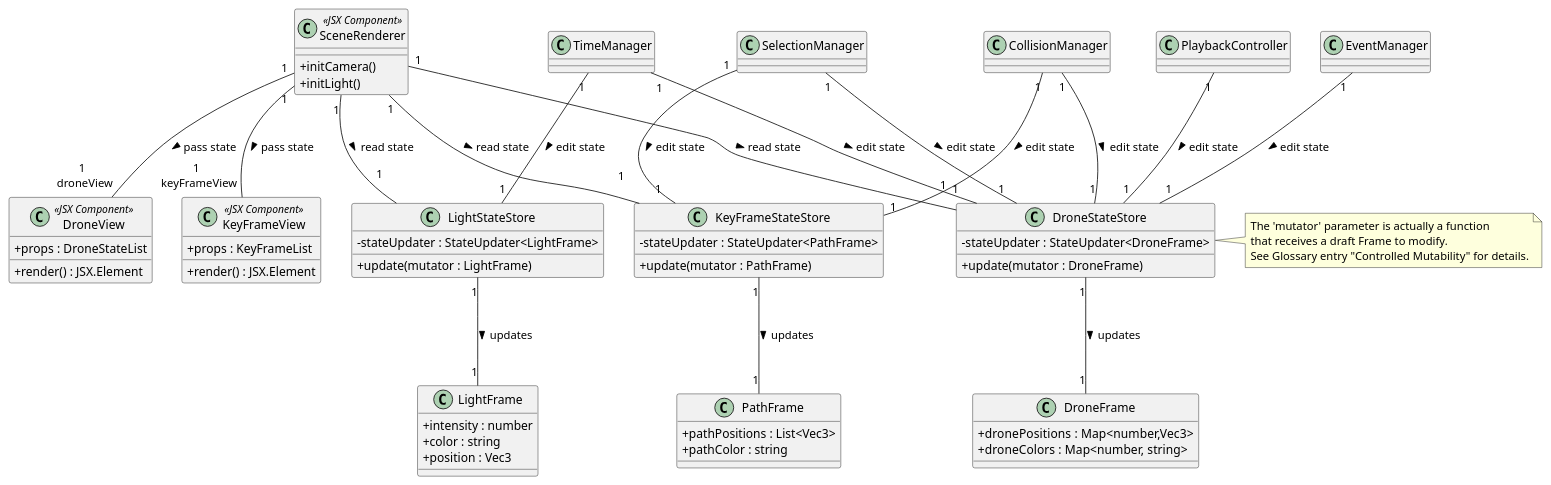
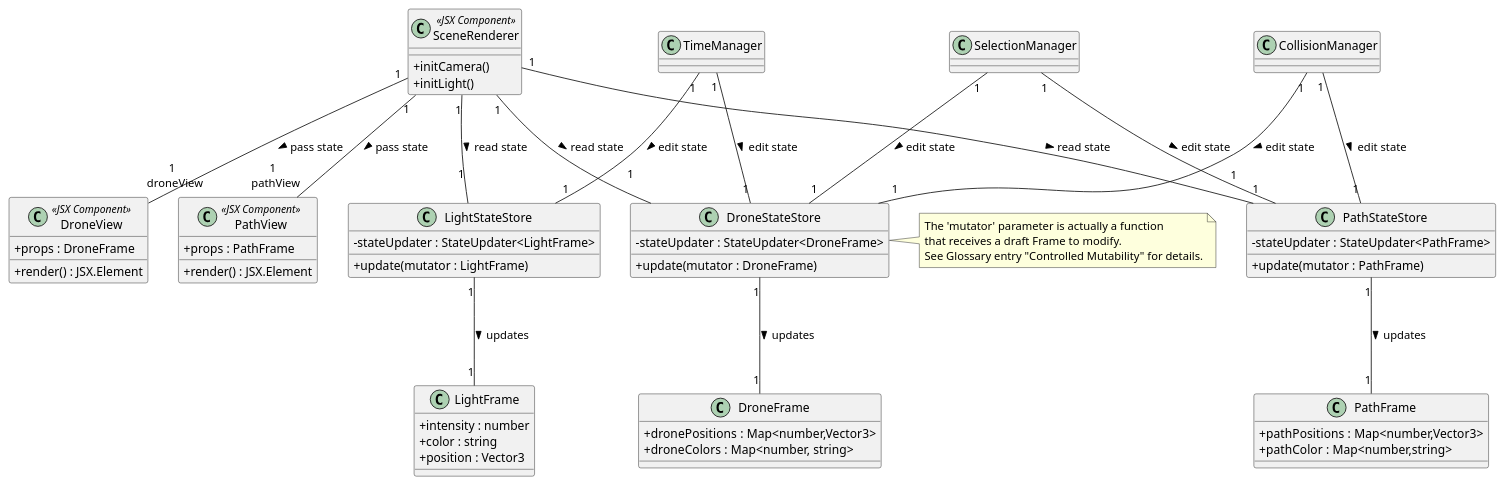
The diagram in diagrams/pipelineInteractions.puml (nojusbarth/OFC), drawn with PlantUML before and after one commit. The commit also changed 10 other files, not shown here.

Commit message:
Rename + neue Diagramme

```diff
--- a/diagrams/pipelineInteractions.puml
+++ b/diagrams/pipelineInteractions.puml
@@ -1,120 +1,116 @@
 @startuml name Rendering Pipeline Interaction (Controlled Mutability)
 
 ' =====================================================
 ' Rendering Pipeline & JSX Interaction
 ' React- and Architecture-correct
 ' =====================================================
 
 skinparam classAttributeIconSize 0
 skinparam ranksep 100
 
 ' -----------------------------------------------------
 ' Scene Renderer (JSX)
 ' -----------------------------------------------------
 class SceneRenderer <<JSX Component>> {
 
   + initCamera()
   + initLight()
 }
 
 ' -----------------------------------------------------
 ' JSX Render Objects
 ' -----------------------------------------------------
 class DroneView <<JSX Component>> {
-  + props : DroneStateList
+  + props : DroneFrame
   + render() : JSX.Element
 }
 
-class KeyFrameView <<JSX Component>> {
-  + props : KeyFrameList
+class PathView <<JSX Component>> {
+  + props : PathFrame
   + render() : JSX.Element
 }
 
 ' -----------------------------------------------------
 ' State Stores (Render-relevant state)
 ' -----------------------------------------------------
 class DroneStateStore {
   - stateUpdater : StateUpdater<DroneFrame>
   + update(mutator : DroneFrame)
 }
 '
 '  In short: Instead of Set, Get State one Function with
 '  mutable object type
 '
 note right of DroneStateStore
   The 'mutator' parameter is actually a function
   that receives a draft Frame to modify.
   See Glossary entry "Controlled Mutability" for details.
 end note
 
-class KeyFrameStateStore {
+class PathStateStore {
 - stateUpdater : StateUpdater<PathFrame>  
 + update(mutator : PathFrame)
 }
 
 class LightStateStore {
   - stateUpdater : StateUpdater<LightFrame>
   + update(mutator : LightFrame)
 }
 
 ' -----------------------------------------------------
 ' Encapsulated Frames
 ' -----------------------------------------------------
 
 class DroneFrame {
-  + dronePositions : Map<number,Vec3>
+  + dronePositions : Map<number,Vector3>
   + droneColors : Map<number, string>
 }
 
 class PathFrame {
-  + pathPositions : List<Vec3>
-  + pathColor : string
+  + pathPositions : Map<number,Vector3>
+  + pathColor : Map<number,string>
 }
 
 class LightFrame {
   + intensity : number
   + color : string
-  + position : Vec3
+  + position : Vector3
 }
 
 ' -----------------------------------------------------
 ' Subsystems (Logic only, no rendering)
 ' -----------------------------------------------------
 class TimeManager
-class PlaybackController
 class SelectionManager
 class CollisionManager
-class EventManager
 
 ' -----------------------------------------------------
 ' Subsystems modify STATE (not JSX)
 ' -----------------------------------------------------
 TimeManager "1"-- "1" DroneStateStore : edit state >
-PlaybackController "1"-- "1" DroneStateStore : edit state >
 SelectionManager "1"-- "1" DroneStateStore : edit state >
 CollisionManager "1"-- "1" DroneStateStore : edit state >
-EventManager "1"-- "1" DroneStateStore : edit state >
 
-SelectionManager "1" -- "1" KeyFrameStateStore : edit state >
-CollisionManager "1" -- "1" KeyFrameStateStore : edit state >
+SelectionManager "1" -- "1" PathStateStore : edit state >
+CollisionManager "1" -- "1" PathStateStore : edit state >
 TimeManager "1" -- "1" LightStateStore : edit state >
 
 ' -----------------------------------------------------
 ' SceneRenderer reads state and passes props
 ' -----------------------------------------------------
 SceneRenderer "1" -- "1 \n" DroneStateStore : read state >
-SceneRenderer "1" -- "1 \n" KeyFrameStateStore : read state >
+SceneRenderer "1" -- "1 \n" PathStateStore : read state >
 SceneRenderer "1" -- "1 \n" LightStateStore : read state >
 
 SceneRenderer "1" -- "1 \n droneView" DroneView : pass state >
-SceneRenderer "1" -- "1 \n keyFrameView" KeyFrameView : pass state >
+SceneRenderer "1" -- "1 \n pathView" PathView : pass state >
 
 ' -----------------------------------------------------
 ' State Stores update data
 ' -----------------------------------------------------
 
 DroneStateStore "1" -- "1" DroneFrame : updates > 
-KeyFrameStateStore "1" -- "1" PathFrame : updates >
+PathStateStore "1" -- "1" PathFrame : updates >
 LightStateStore "1" -- "1" LightFrame : updates >
 
 @enduml
```
